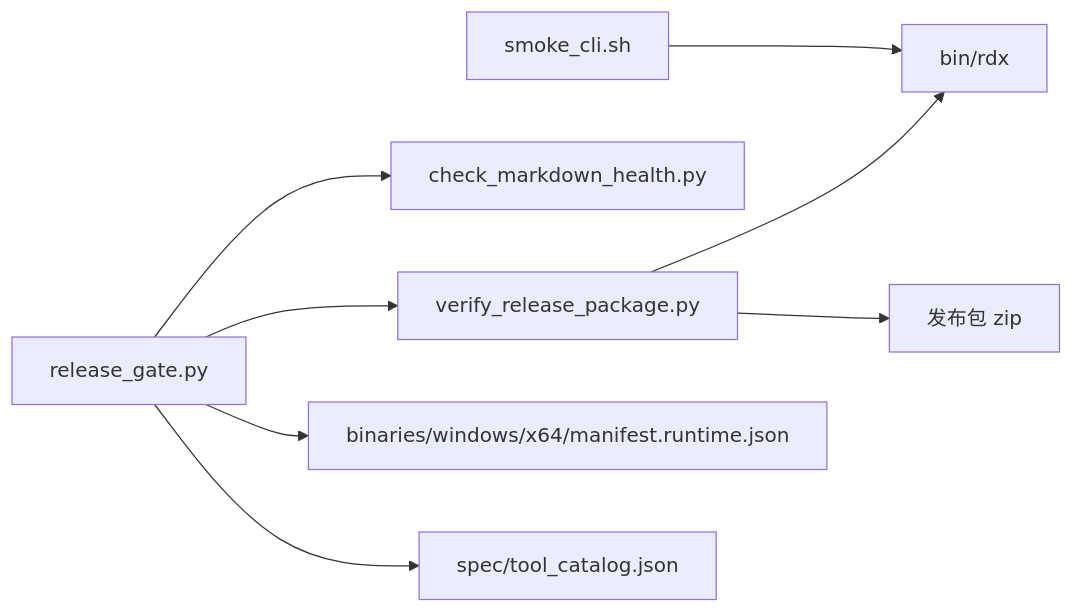
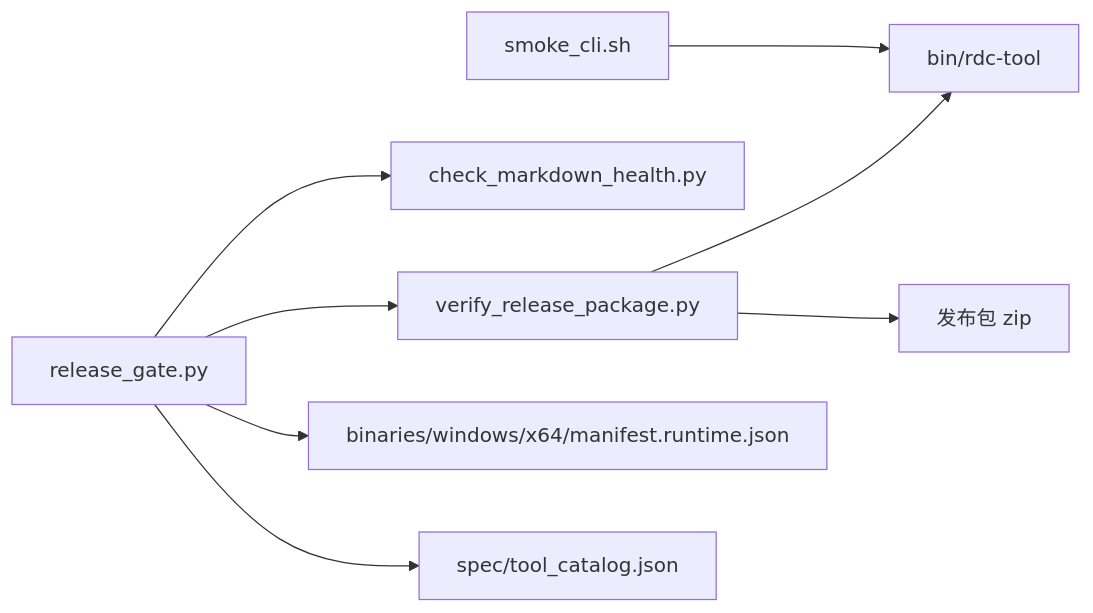
The sixth of 6 diagrams in .qoder/repowiki/zh/content/开发指南/测试策略/测试自动化.md (haolange/RDC-Tool), drawn with Mermaid before and after one commit. The commit also changed other lines of this file and 388 other files, not shown here.

First line of the commit message:
Release RDC-Tool identity and public maintenance surface

````diff
--- a/.qoder/repowiki/zh/content/开发指南/测试策略/测试自动化.md
+++ b/.qoder/repowiki/zh/content/开发指南/测试策略/测试自动化.md
@@ -265,10 +265,10 @@
 ```mermaid
 graph LR
-Smoke["smoke_cli.sh"] --> RDX["bin/rdx"]
+Smoke["smoke_cli.sh"] --> RDC["bin/rdc-tool"]
 Gate["release_gate.py"] --> Catalog["spec/tool_catalog.json"]
 Gate --> Manifest["binaries/windows/x64/manifest.runtime.json"]
 Gate --> Verify["verify_release_package.py"]
 Gate --> Docs["check_markdown_health.py"]
 Verify --> Zip["发布包 zip"]
-Verify --> RDX
+Verify --> RDC
 ```
````
